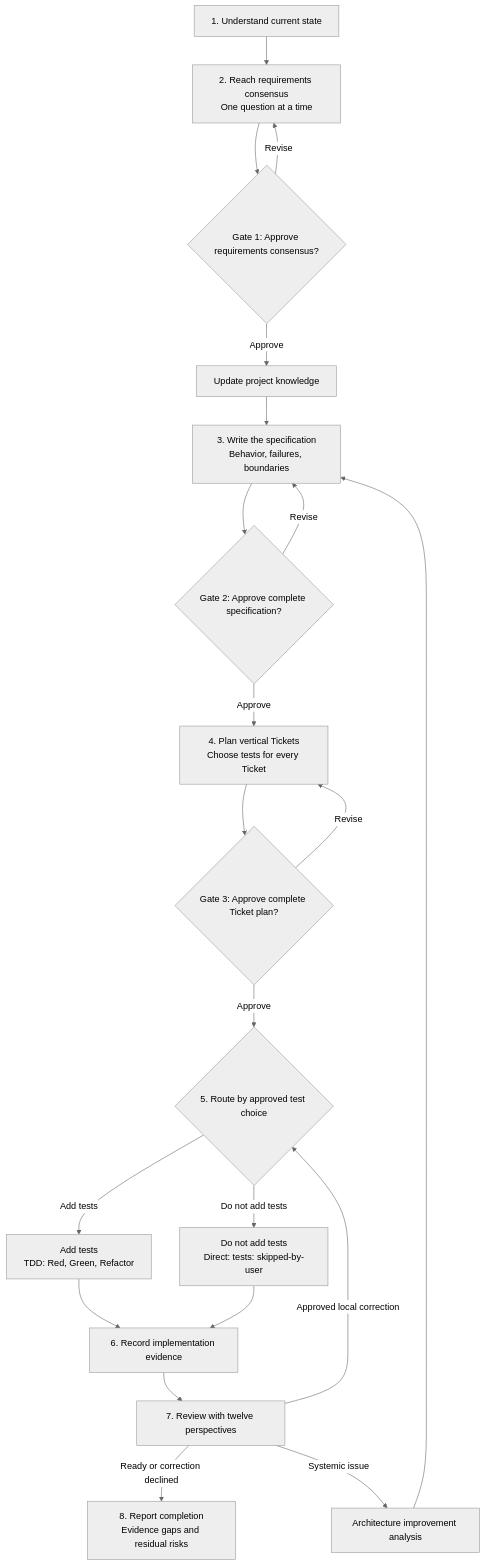
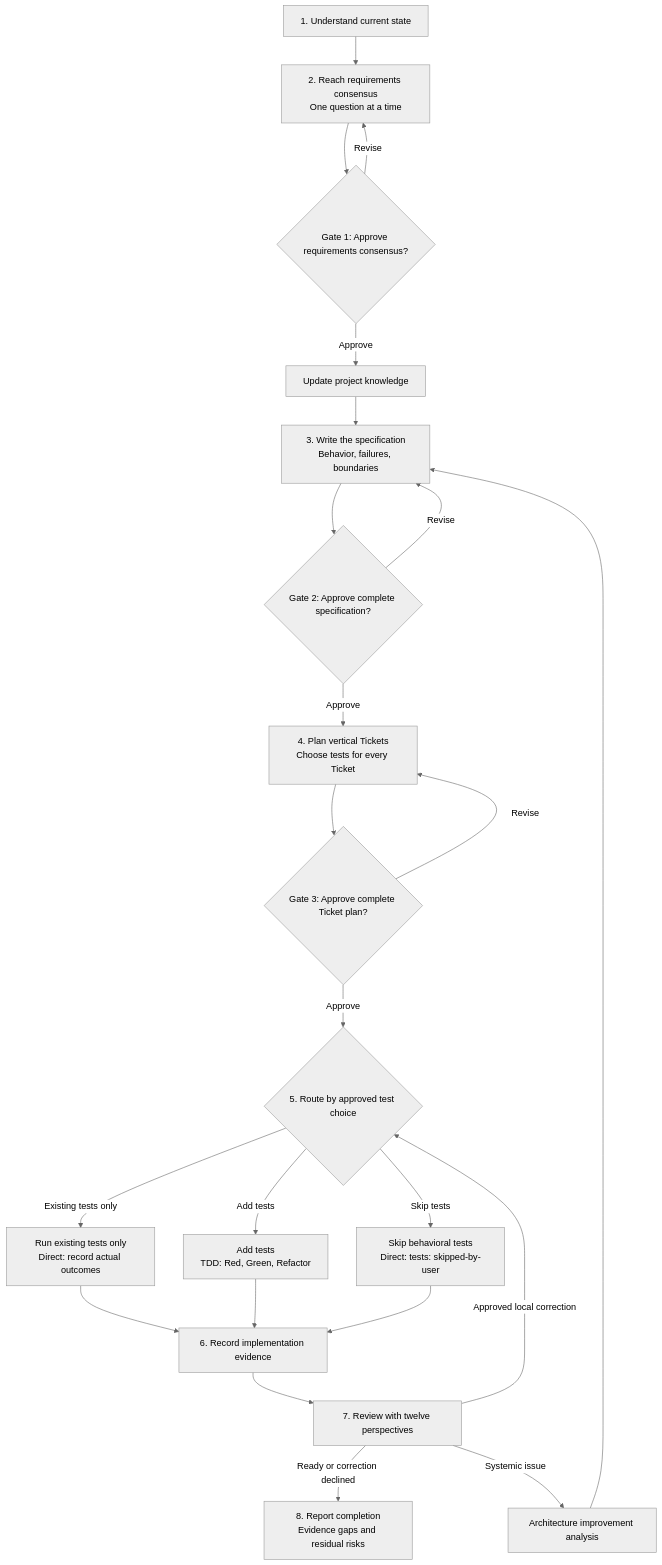
The first of 2 diagrams in docs/guides/getting-started-simple.en.md (Mysterio1001/Ask-Then-Do-It), drawn with Mermaid (neutral theme) before and after one commit. The commit also changed other lines of this file and 138 other files, not shown here.

````diff
--- a/docs/guides/getting-started-simple.en.md
+++ b/docs/guides/getting-started-simple.en.md
@@ -38,39 +38,42 @@
 ```mermaid
 flowchart TD
     F_STATE["1. Understand current state"]
     F_REQUIREMENTS["2. Reach requirements consensus<br/>One question at a time"]
     F_REQUIREMENTS_GATE{"Gate 1: Approve requirements consensus?"}
     F_KNOWLEDGE["Update project knowledge"]
     F_SPECIFICATION["3. Write the specification<br/>Behavior, failures, boundaries"]
     F_SPECIFICATION_GATE{"Gate 2: Approve complete specification?"}
     F_TICKETS["4. Plan vertical Tickets<br/>Choose tests for every Ticket"]
     F_TICKET_PLAN_GATE{"Gate 3: Approve complete Ticket plan?"}
     F_TEST_CHOICE{"5. Route by approved test choice"}
     F_TDD["Add tests<br/>TDD: Red, Green, Refactor"]
-    F_DIRECT["Do not add tests<br/>Direct: tests: skipped-by-user"]
+    F_DIRECT["Skip behavioral tests<br/>Direct: tests: skipped-by-user"]
+    F_EXISTING["Run existing tests only<br/>Direct: record actual outcomes"]
     F_EVIDENCE["6. Record implementation evidence"]
     F_REVIEW["7. Review with twelve perspectives"]
     F_COMPLETE["8. Report completion<br/>Evidence gaps and residual risks"]
     F_ARCHITECTURE["Architecture improvement analysis"]
 
     F_STATE --> F_REQUIREMENTS
     F_REQUIREMENTS --> F_REQUIREMENTS_GATE
     F_REQUIREMENTS_GATE -->|Revise| F_REQUIREMENTS
     F_REQUIREMENTS_GATE -->|Approve| F_KNOWLEDGE
     F_KNOWLEDGE --> F_SPECIFICATION
     F_SPECIFICATION --> F_SPECIFICATION_GATE
     F_SPECIFICATION_GATE -->|Revise| F_SPECIFICATION
     F_SPECIFICATION_GATE -->|Approve| F_TICKETS
     F_TICKETS --> F_TICKET_PLAN_GATE
     F_TICKET_PLAN_GATE -->|Revise| F_TICKETS
     F_TICKET_PLAN_GATE -->|Approve| F_TEST_CHOICE
     F_TEST_CHOICE -->|Add tests| F_TDD
-    F_TEST_CHOICE -->|Do not add tests| F_DIRECT
+    F_TEST_CHOICE -->|Skip tests| F_DIRECT
+    F_TEST_CHOICE -->|Existing tests only| F_EXISTING
+    F_EXISTING --> F_EVIDENCE
     F_TDD --> F_EVIDENCE
     F_DIRECT --> F_EVIDENCE
     F_EVIDENCE --> F_REVIEW
     F_REVIEW -->|Ready or correction declined| F_COMPLETE
     F_REVIEW -->|Approved local correction| F_TEST_CHOICE
     F_REVIEW -->|Systemic issue| F_ARCHITECTURE
     F_ARCHITECTURE --> F_SPECIFICATION
 ```
````
